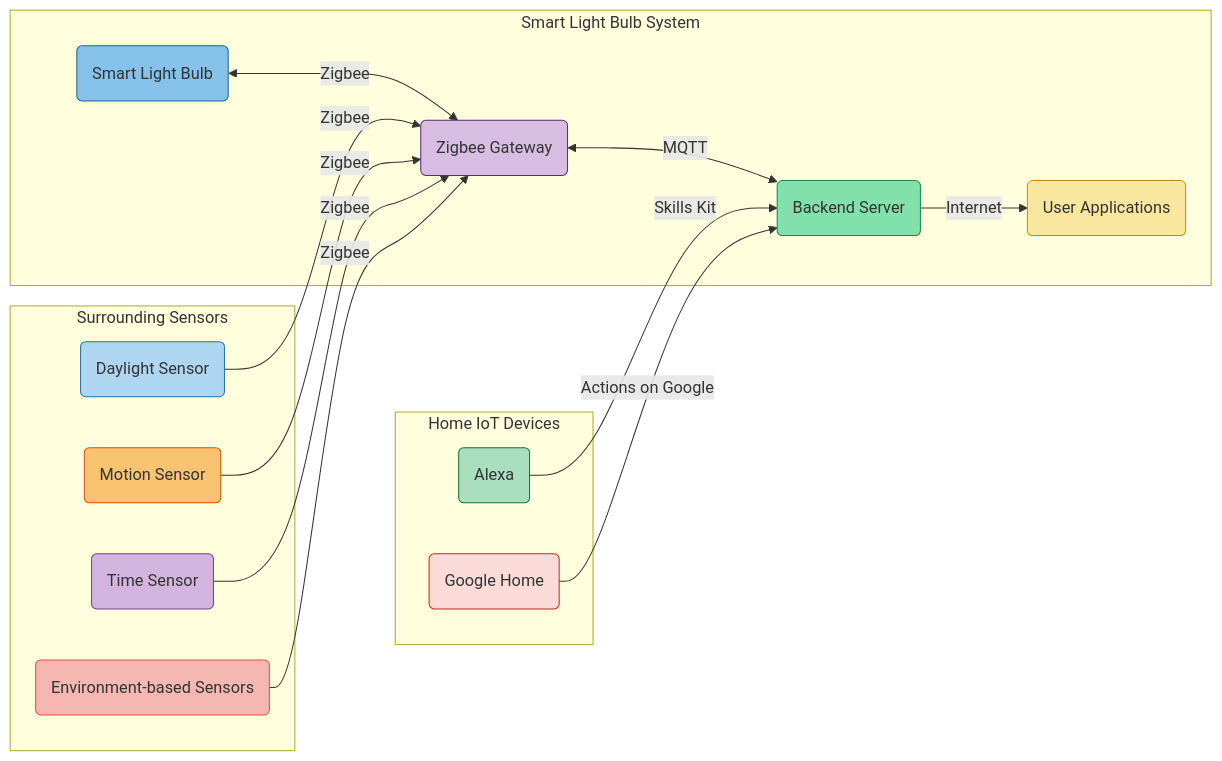
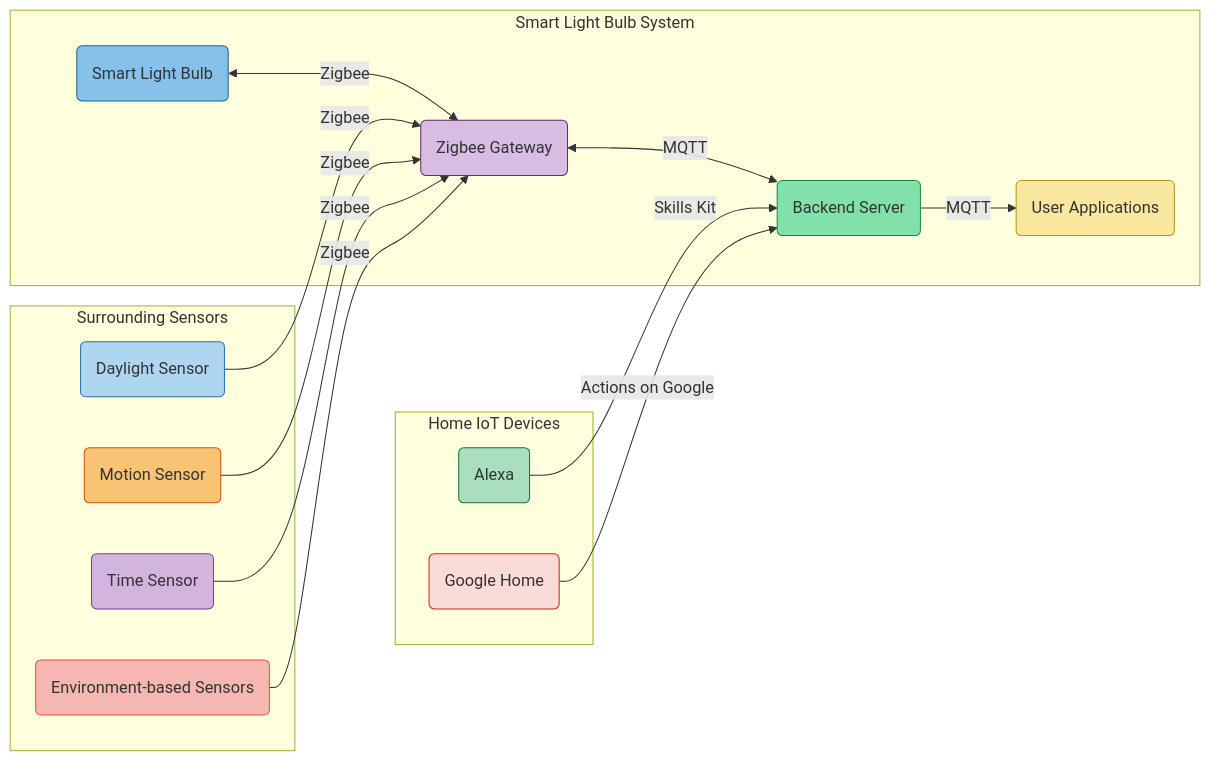
One commit to Rushour0/IoT-Architecture changed the diagram in components/md/architecture.md. Above: the diagram before and after it, drawn with Mermaid. The commit also changed 10 other files, not shown here.

````diff
--- a/components/md/architecture.md
+++ b/components/md/architecture.md
@@ -3,33 +3,33 @@
 ```mermaid
-flowchart LR
+graph LR
 
 subgraph Smart Light Bulb System
     A(Smart Light Bulb) <-->|Zigbee| B(Zigbee Gateway)
     B <-->|MQTT| C(Backend Server)
 
-    C -->|Internet| D(User Applications)
+    C -->|MQTT| D(User Applications)
 end
 
 subgraph Surrounding Sensors
     E(Daylight Sensor) -->|Zigbee| B
     F(Motion Sensor) -->|Zigbee| B
     G(Time Sensor) -->|Zigbee| B
     H(Environment-based Sensors) -->|Zigbee| B
 end
 
 subgraph Home IoT Devices
     I(Alexa) -->|Skills Kit| C
     J(Google Home) -->|Actions on Google| C
 end
 
 style A fill:#85C1E9,stroke:#1F618D
 style B fill:#D7BDE2,stroke:#5B2C6F
 style C fill:#82E0AA,stroke:#1E8449
 style D fill:#F9E79F,stroke:#B7950B
 style E fill:#AED6F1,stroke:#2471A3
 style F fill:#F8C471,stroke:#D35400
 style G fill:#D2B4DE,stroke:#7D3C98
 style H fill:#F5B7B1,stroke:#E74C3C
 style I fill:#A9DFBF,stroke:#196F3D
 style J fill:#FADBD8,stroke:#D91E18
 ```
````
